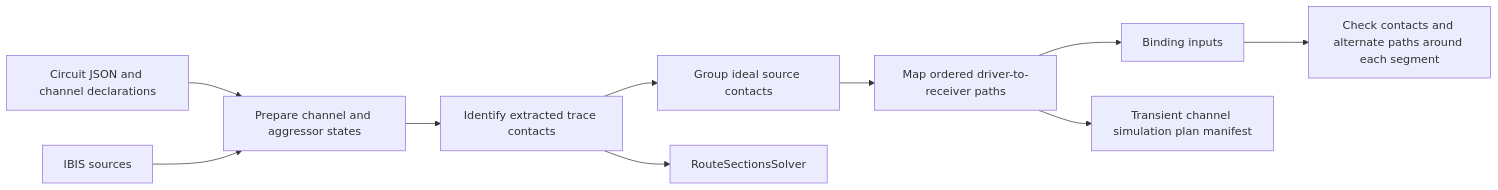
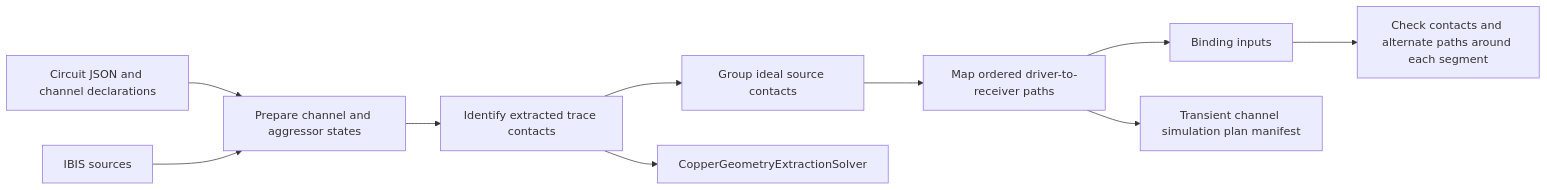
Before and after one commit to draarivpatel-ui/signal-integrity-pipeline: the first of 2 diagrams in docs/ARCHITECTURE.md, drawn with Mermaid. The commit also changed other lines of this file and 128 other files, not shown here.

Commit message:
refactor: name the copper geometry extraction solver

````diff
--- a/docs/ARCHITECTURE.md
+++ b/docs/ARCHITECTURE.md
@@ -16,12 +16,12 @@
 ```mermaid
 flowchart LR
   board["Circuit JSON and channel declarations"] --> prepare["Prepare channel and aggressor states"]
   ibis["IBIS sources"] --> prepare
   prepare --> traces["Identify extracted trace contacts"]
   traces --> groups["Group ideal source contacts"]
   groups --> paths["Map ordered driver-to-receiver paths"]
-  traces --> sections["RouteSectionsSolver"]
+  traces --> geometry["CopperGeometryExtractionSolver"]
   paths --> bindings["Binding inputs"]
   bindings --> checks["Check contacts and alternate paths around each segment"]
   paths --> manifest["Transient channel simulation plan manifest"]
 ```
````
